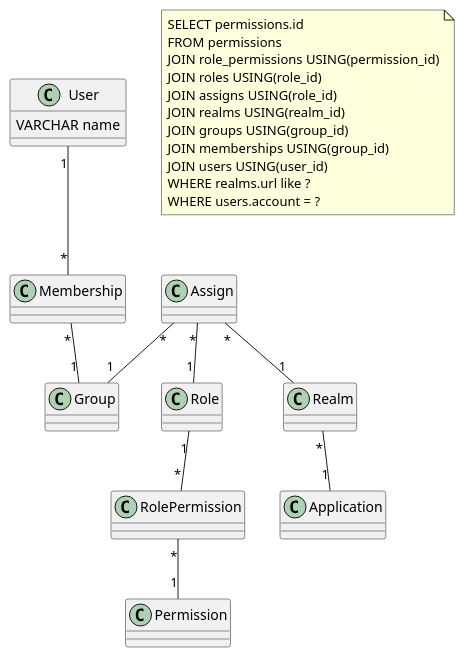
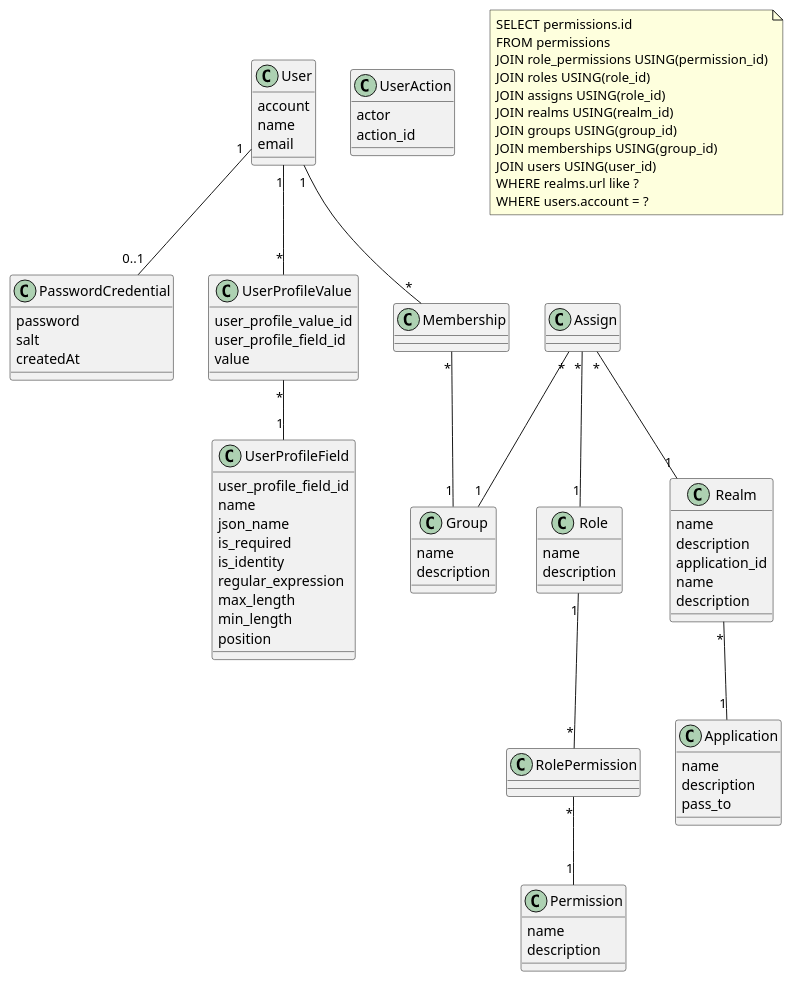
The diagram in model.puml (kawasima/bouncr), drawn with PlantUML before and after one commit. The commit also changed 303 other files, not shown here.

```diff
--- a/model.puml
+++ b/model.puml
@@ -1,32 +1,97 @@
 @startuml
 
 User "1" -- "*" Membership
 Membership "*" -- "1" Group
+User "1" -- "0..1" PasswordCredential
+User "1" -- "*" UserProfileValue
+UserProfileValue "*" -- "1" UserProfileField
 
 Role "1" -- "*" RolePermission
 RolePermission "*" -- "1" Permission
 
 Realm "*" -- "1" Application
 
 Assign "*" -- "1" Role
 Assign "*" -- "1" Realm
 Assign "*" -- "1" Group
 
 class User {
-  VARCHAR name
+  account
+  name
+  email
 }
 
+class Group {
+  name
+  description
+}
+
+class Role {
+  name
+  description
+}
+
+class Permission {
+  name
+  description
+}
+
+class Realm {
+  name
+  description
+  application_id
+}
+
+class Application {
+  name
+  description
+  pass_to
+}
+
+class Realm {
+  name
+  description
+}
+
+class UserProfileValue {
+  user_profile_value_id
+  user_profile_field_id
+  value
+}
+
+class UserProfileField {
+  user_profile_field_id
+  name
+  json_name
+  is_required
+  is_identity
+  regular_expression
+  max_length
+  min_length
+  position
+}
+
+class PasswordCredential {
+  password
+  salt
+  createdAt
+}
+
+class UserAction {
+  actor
+  action_id
+}
 note as N1
 SELECT permissions.id
 FROM permissions
 JOIN role_permissions USING(permission_id)
 JOIN roles USING(role_id)
 JOIN assigns USING(role_id)
 JOIN realms USING(realm_id)
 JOIN groups USING(group_id)
 JOIN memberships USING(group_id)
 JOIN users USING(user_id)
 WHERE realms.url like ?
 WHERE users.account = ?
 end note
 @enduml
```
